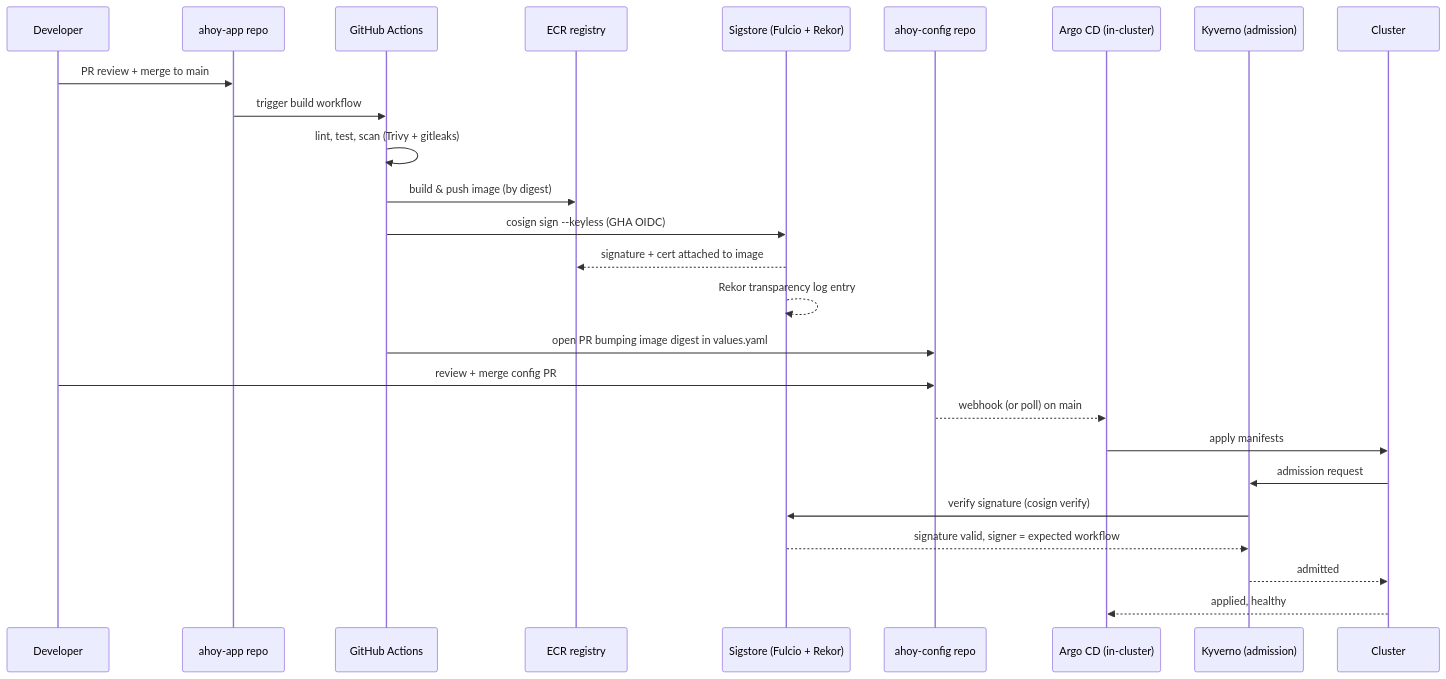
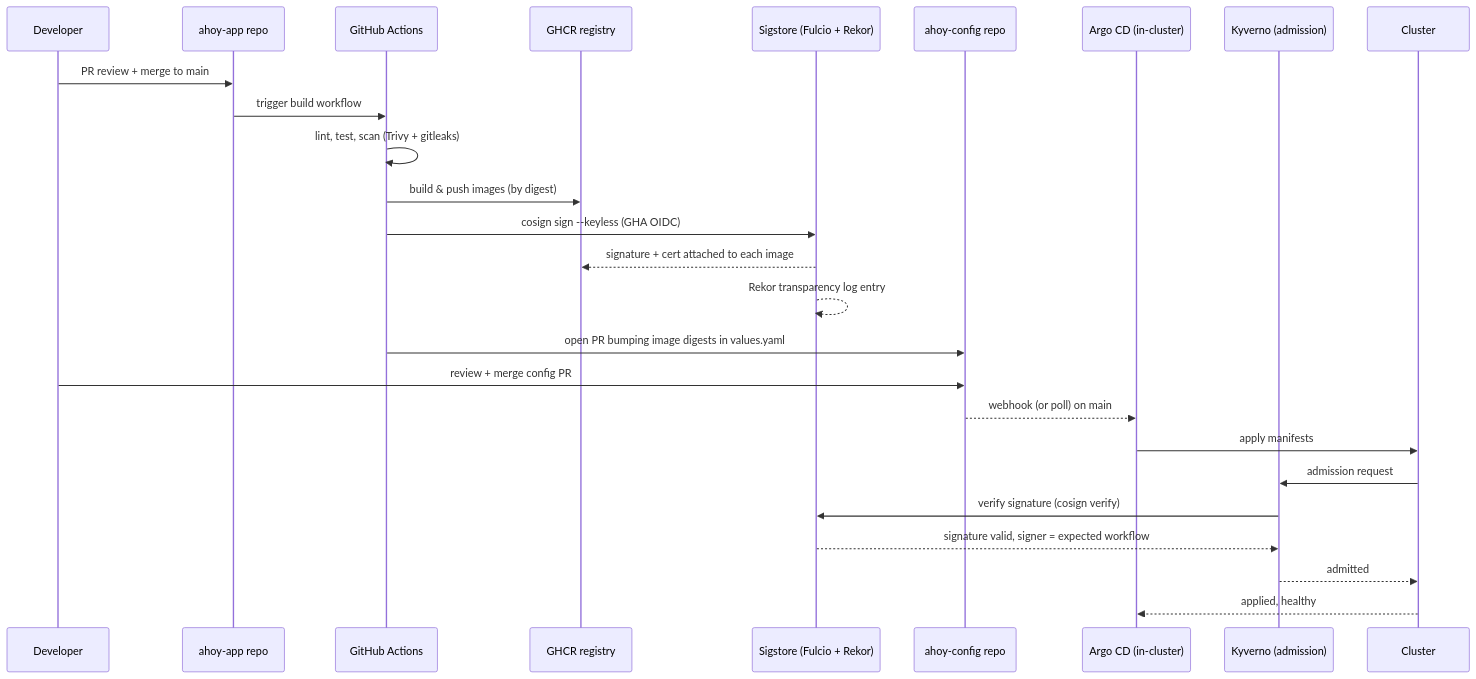
Before and after one commit to G1DO/platform: the diagram in docs/design.md, drawn with Mermaid. The commit also changed other lines of this file and 4 other files, not shown here.

````diff
--- a/docs/design.md
+++ b/docs/design.md
@@ -119,29 +117,29 @@
 ```mermaid
 sequenceDiagram
     participant Dev as Developer
     participant App as ahoy-app repo
     participant CI as GitHub Actions
-    participant Reg as ECR registry
+    participant Reg as GHCR registry
     participant Sig as Sigstore (Fulcio + Rekor)
     participant Cfg as ahoy-config repo
     participant Argo as Argo CD (in-cluster)
     participant Kyv as Kyverno (admission)
     participant K8s as Cluster
 
     Dev->>App: PR review + merge to main
     App->>CI: trigger build workflow
     CI->>CI: lint, test, scan (Trivy + gitleaks)
-    CI->>Reg: build & push image (by digest)
+    CI->>Reg: build & push images (by digest)
     CI->>Sig: cosign sign --keyless (GHA OIDC)
-    Sig-->>Reg: signature + cert attached to image
+    Sig-->>Reg: signature + cert attached to each image
     Sig-->>Sig: Rekor transparency log entry
-    CI->>Cfg: open PR bumping image digest in values.yaml
+    CI->>Cfg: open PR bumping image digests in values.yaml
     Dev->>Cfg: review + merge config PR
     Cfg-->>Argo: webhook (or poll) on main
     Argo->>K8s: apply manifests
     K8s->>Kyv: admission request
     Kyv->>Sig: verify signature (cosign verify)
     Sig-->>Kyv: signature valid, signer = expected workflow
     Kyv-->>K8s: admitted
     K8s-->>Argo: applied, healthy
 ```
````
